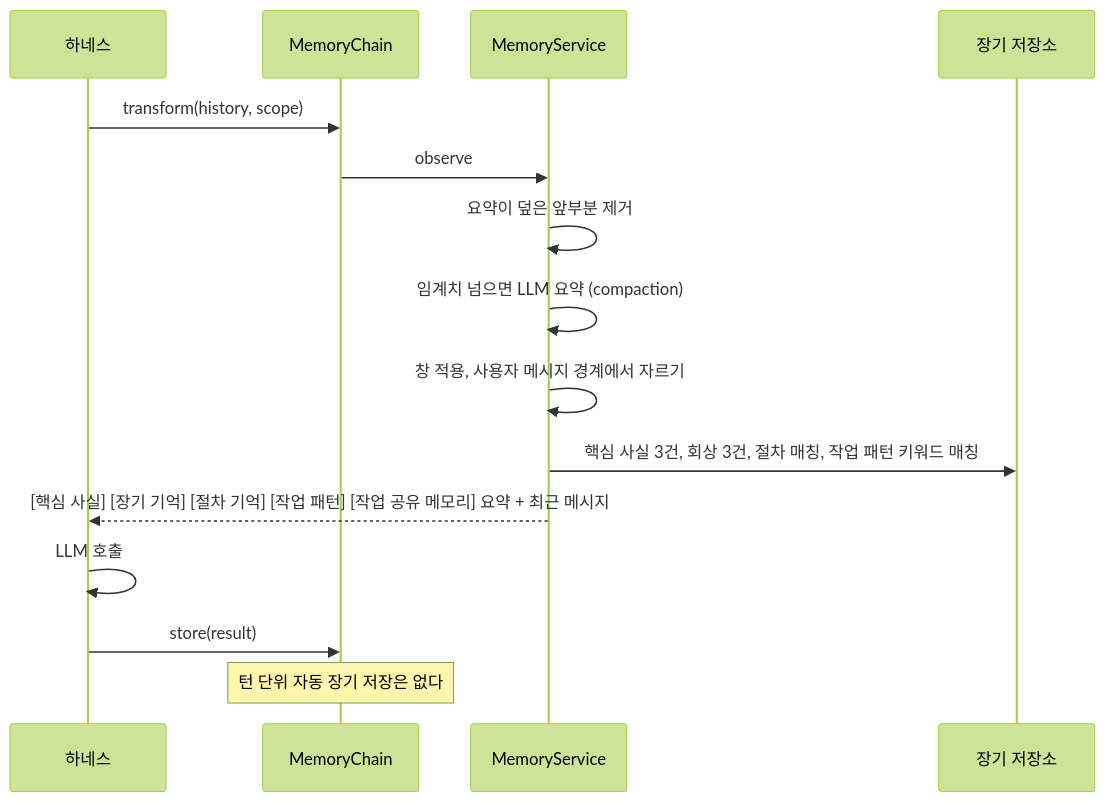
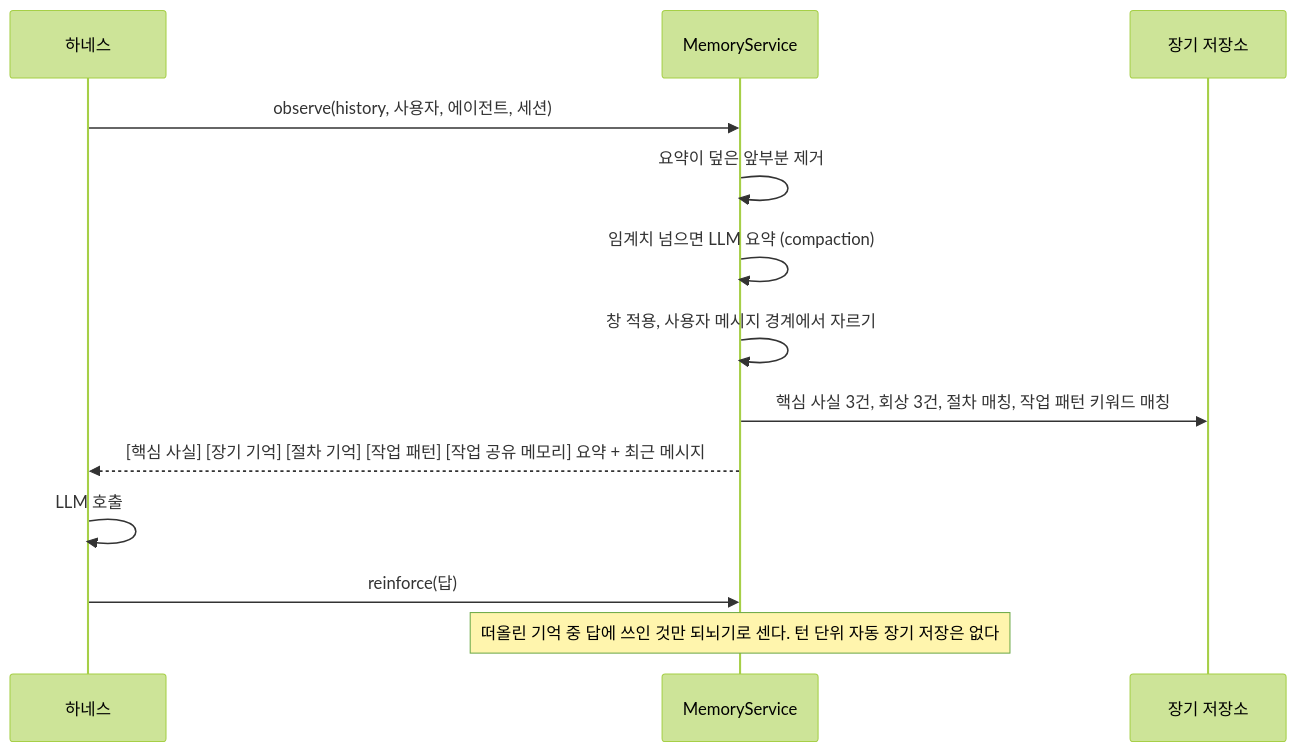
One commit to ash-hun/jarvis-agent changed the first of 4 diagrams in website/docs/concepts/memory.md. Above: the diagram before and after it, drawn with Mermaid (forest theme). The commit also changed other lines of this file and 74 other files, not shown here.

````diff
--- a/website/docs/concepts/memory.md
+++ b/website/docs/concepts/memory.md
@@ -34,17 +36,15 @@
 ```mermaid
 sequenceDiagram
   participant H as 하네스
-  participant C as MemoryChain
   participant M as MemoryService
   participant S as 장기 저장소
-  H->>C: transform(history, scope)
-  C->>M: observe
+  H->>M: observe(history, 사용자, 에이전트, 세션)
   M->>M: 요약이 덮은 앞부분 제거
   M->>M: 임계치 넘으면 LLM 요약 (compaction)
   M->>M: 창 적용, 사용자 메시지 경계에서 자르기
   M->>S: 핵심 사실 3건, 회상 3건, 절차 매칭, 작업 패턴 키워드 매칭
   M-->>H: [핵심 사실] [장기 기억] [절차 기억] [작업 패턴] [작업 공유 메모리] 요약 + 최근 메시지
   H->>H: LLM 호출
-  H->>C: store(result)
-  Note over C: 턴 단위 자동 장기 저장은 없다
+  H->>M: reinforce(답)
+  Note over M: 떠올린 기억 중 답에 쓰인 것만 되뇌기로 센다. 턴 단위 자동 장기 저장은 없다
 ```
````
